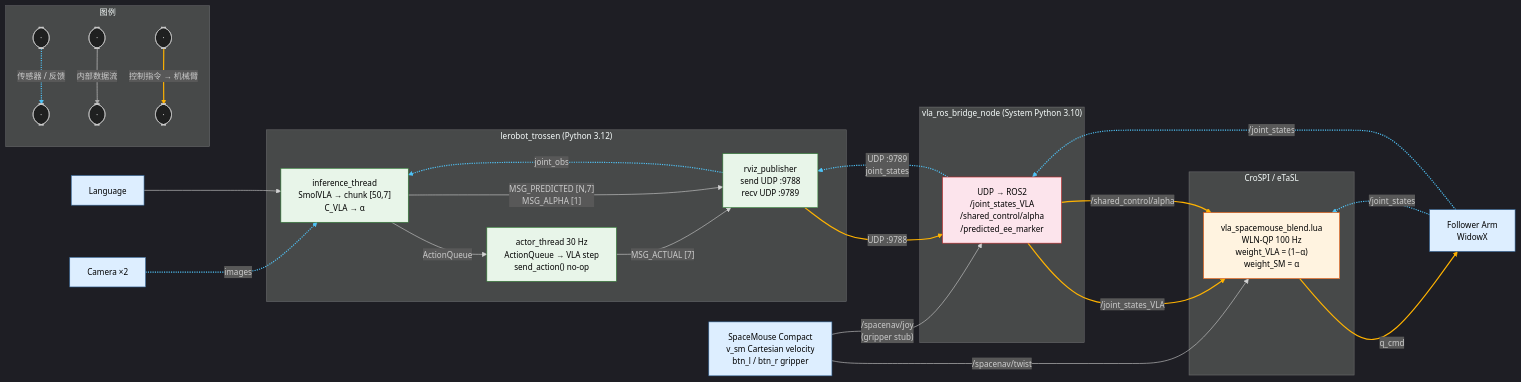
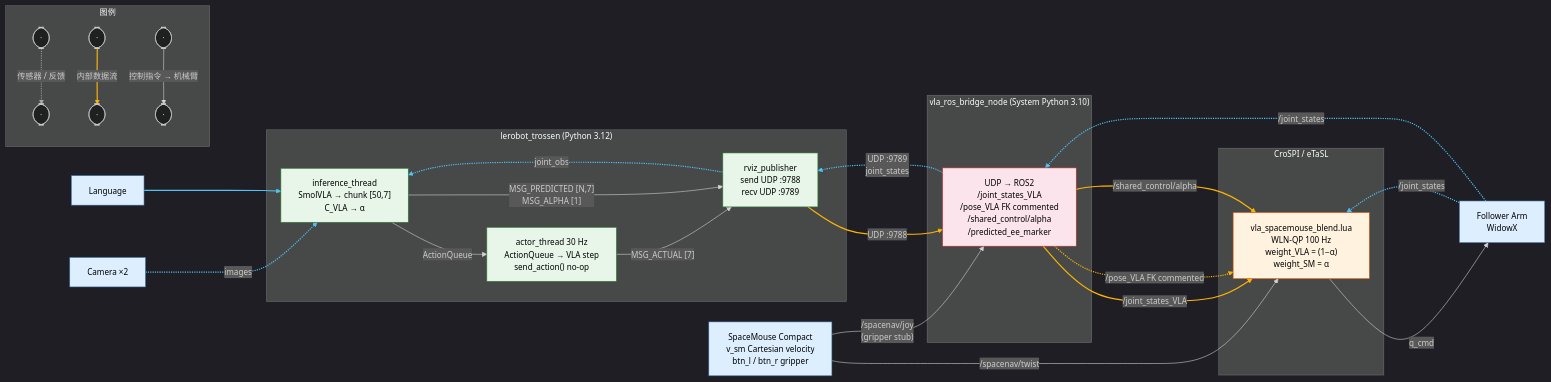
One commit to 121philip/kaixi_crospi_ws changed the diagram in signalflow.mmd. Above: the diagram before and after it, drawn with Mermaid. The commit also changed 3 other files, not shown here.

```diff
--- a/signalflow.mmd
+++ b/signalflow.mmd
@@ -1,59 +1,60 @@
 ---
 config:
   theme: dark
   themeVariables:
     fontSize: 14px
   layout: dagre
 ---
 flowchart LR
  subgraph VLAPROC["lerobot_trossen  (Python 3.12)"]
         INF["inference_thread<br>SmolVLA → chunk [50,7]<br>C_VLA → α"]
         ACT["actor_thread  30 Hz<br>ActionQueue → VLA step<br>send_action() no-op"]
         PUB["rviz_publisher<br>send UDP :9788<br>recv UDP :9789"]
   end
  subgraph ROSBRIDGE["vla_ros_bridge_node  (System Python 3.10)"]
-        BRG["UDP → ROS2<br>/joint_states_VLA<br>/shared_control/alpha<br>/predicted_ee_marker"]
+        BRG["UDP → ROS2<br>/joint_states_VLA<br>/pose_VLA FK commented<br>/shared_control/alpha<br>/predicted_ee_marker"]
   end
  subgraph CROSPIBLOCK["CroSPI / eTaSL"]
         ETASL["vla_spacemouse_blend.lua<br>WLN-QP  100 Hz<br>weight_VLA = (1−α)<br>weight_SM  = α"]
   end
     CAM["Camera ×2"] -. images .-> INF
     FOL["Follower Arm<br>WidowX"] -. /joint_states .-> BRG
     FOL -. /joint_states .-> ETASL
     INF -- ActionQueue --> ACT
     INF -- MSG_PREDICTED [N,7]<br>MSG_ALPHA [1] --> PUB
     ACT -- MSG_ACTUAL [7] --> PUB
     PUB -- UDP :9788 --> BRG
     BRG -. UDP :9789<br>joint_states .-> PUB
     PUB -. joint_obs .-> INF
     SM["SpaceMouse Compact<br>v_sm  Cartesian velocity<br>btn_l / btn_r  gripper"] -- /spacenav/twist --> ETASL
     SM -- /spacenav/joy<br>(gripper stub) --> BRG
     BRG -- /joint_states_VLA --> ETASL
+    BRG -. /pose_VLA FK commented .-> ETASL
     BRG -- /shared_control/alpha --> ETASL
     ETASL -- q_cmd --> FOL
     n1["Language"] --> INF
 
     subgraph LEGEND["图例"]
         direction TB
         LF1(["·"]) -. 传感器 / 反馈 .-> LF2(["·"])
         LI1(["·"]) -- 内部数据流 --> LI2(["·"])
         LC1(["·"]) -- 控制指令 → 机械臂 --> LC2(["·"])
     end
 
     n1@{ shape: rect}
      INF:::vla
      ACT:::vla
      PUB:::vla
      BRG:::bridge
      ETASL:::crospi
      CAM:::hw
      FOL:::hw
      SM:::hw
      n1:::hw
     classDef hw     fill:#ddeeff,stroke:#336699,color:#000
     classDef vla    fill:#e8f5e9,stroke:#2e7d32,color:#000
     classDef bridge fill:#fce4ec,stroke:#c62828,color:#000
     classDef crospi fill:#fff3e0,stroke:#e65100,color:#000
     linkStyle 0,1,2,7,8,15 stroke:#4fc3f7,stroke-width:2px
     linkStyle 6,11,12,13,17 stroke:#ffb300,stroke-width:2px
     linkStyle 16 stroke:#aaaaaa,stroke-width:1.5px
```
